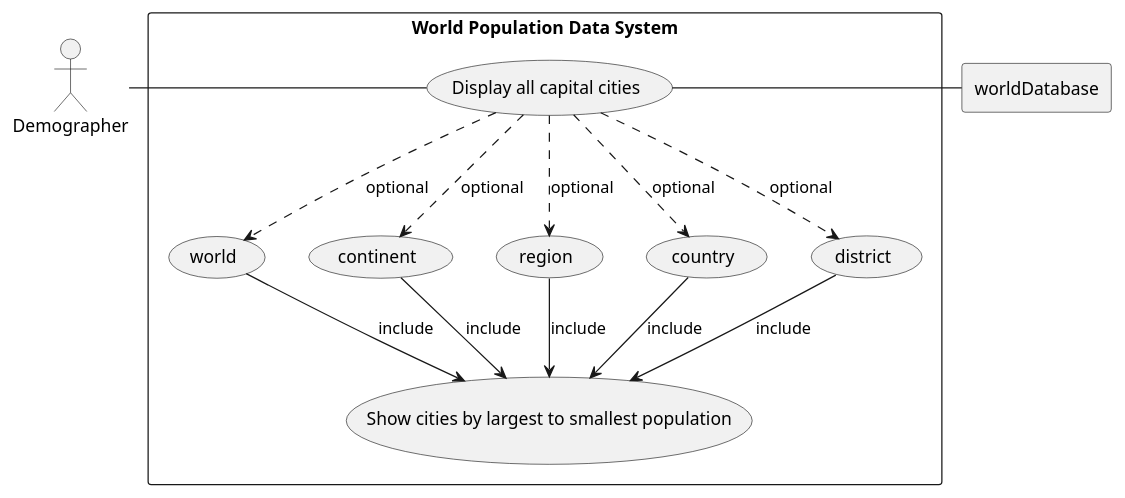
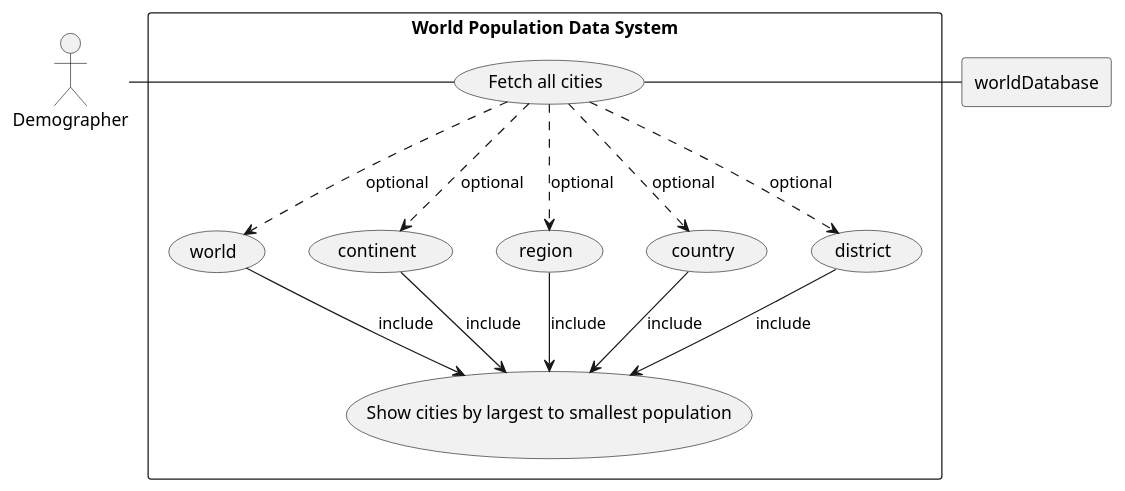
The diagram in population_use_case/cities by population.puml (careykva/Group_4), drawn with PlantUML before and after one commit. The commit also changed 1 other file, not shown here.

Commit message:
1st use case diagram

```diff
--- a/population_use_case/cities by population.puml
+++ b/population_use_case/cities by population.puml
@@ -1,30 +1,30 @@
 @startuml
 actor AL as "Demographer"
 
 rectangle worldDatabase
 
 rectangle "World Population Data System" {
-	usecase UC6 as "Display all capital cities"
+	usecase UC6 as "Fetch all cities"
 	usecase UC6.1 as "world"
 	usecase UC6.2 as "continent"
 	usecase UC6.3 as "region"
 	usecase UC6.4 as "country"
 	usecase UC6.5 as "district"
 
 	usecase UCa as "Show cities by largest to smallest population"
 
 
 AL - UC6
 UC6 ..> UC6.1 : optional
     UC6.1 --> UCa : include
 UC6 ..> UC6.2 : optional
     UC6.2 --> UCa : include
 UC6 ..> UC6.3 : optional
     UC6.3 --> UCa : include
 UC6 ..> UC6.4 : optional
     UC6.4 --> UCa : include
 UC6 ..> UC6.5 : optional
     UC6.5 --> UCa : include
 
 UC6 - worldDatabase
 @enduml
```
